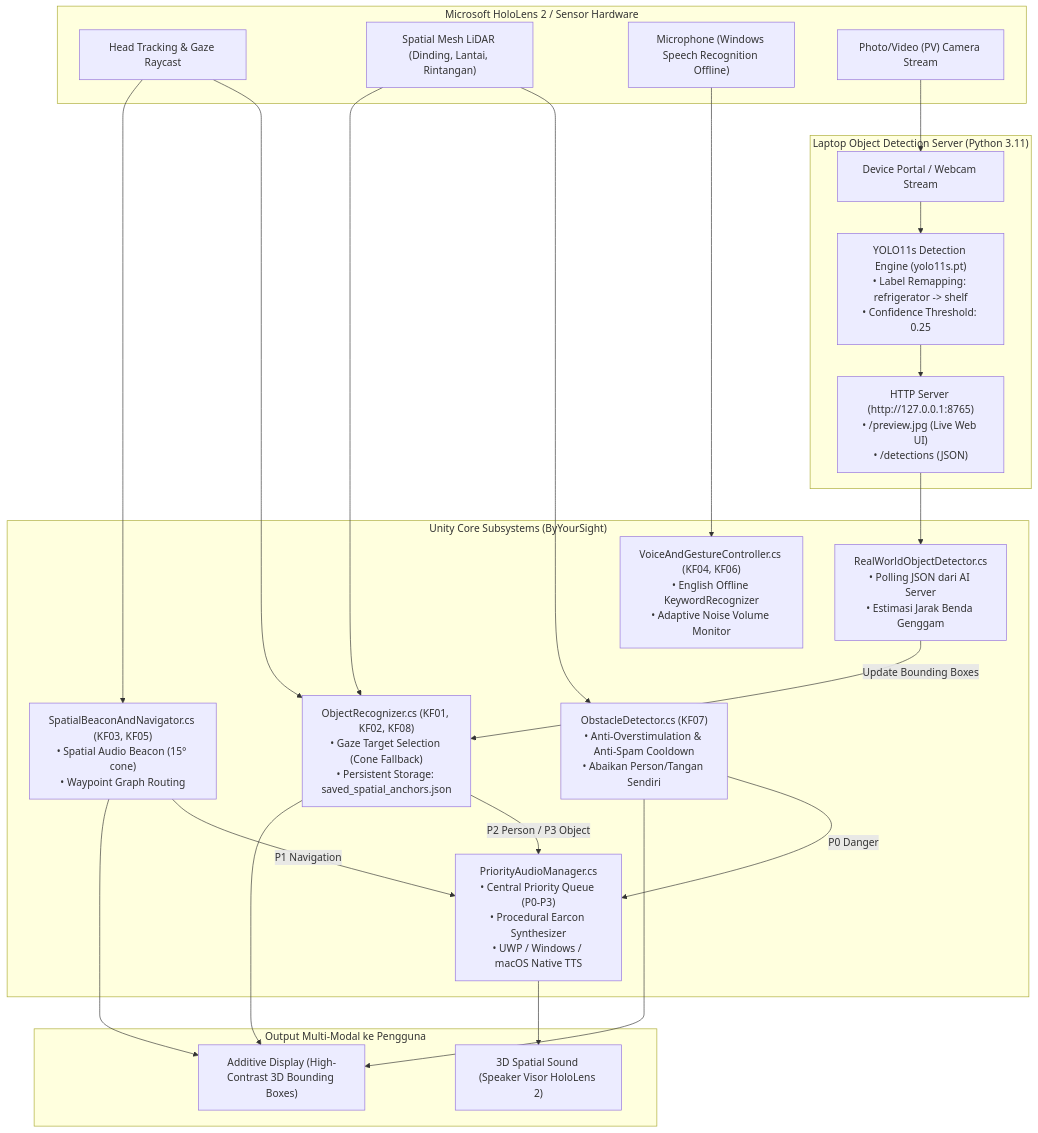
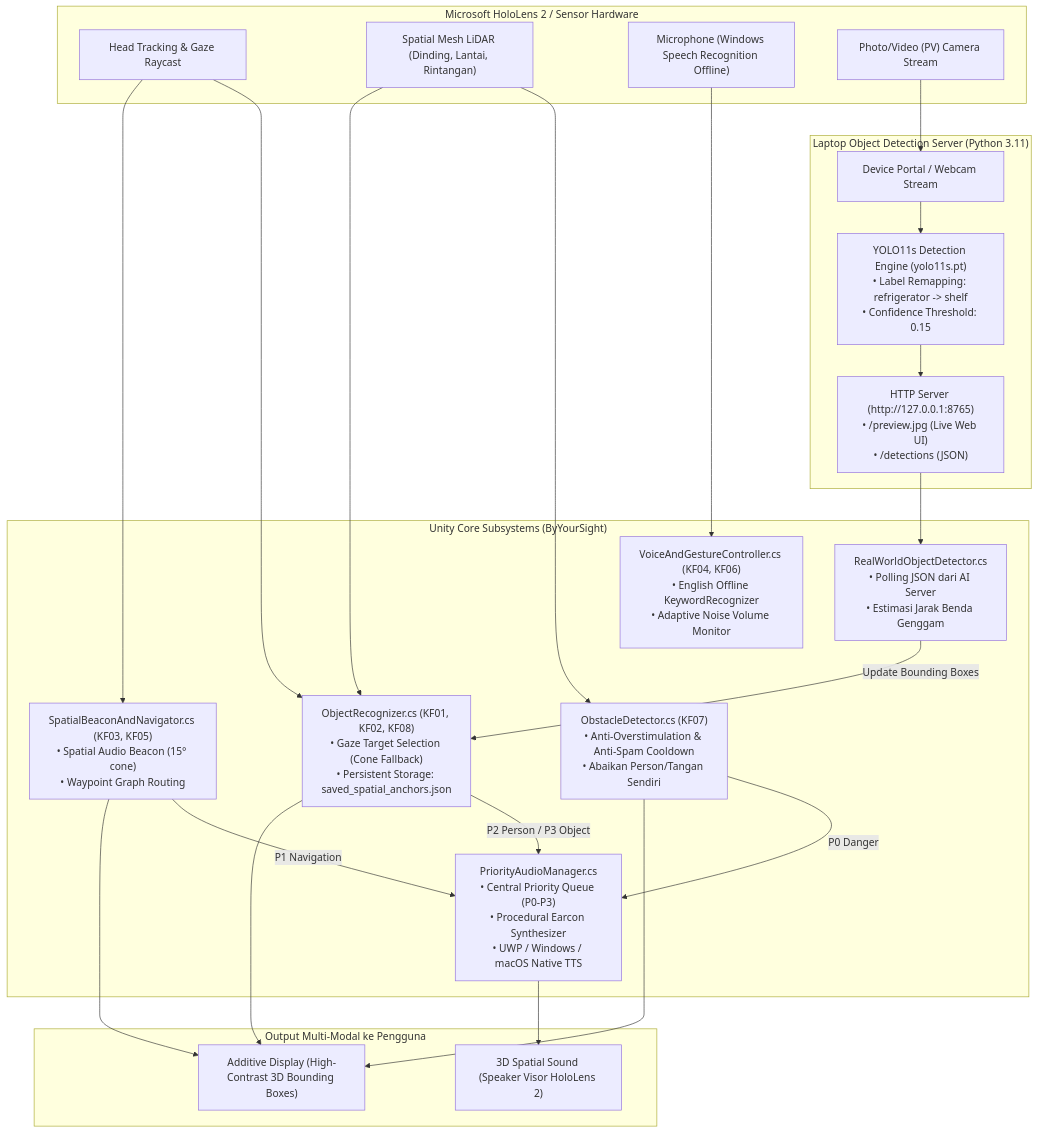
One commit to sammmine/ByYourSight changed the diagram in README.md. Above: the diagram before and after it, drawn with Mermaid. The commit also changed other lines of this file and 8 other files, not shown here.

````diff
--- a/README.md
+++ b/README.md
@@ -51,42 +51,42 @@
 ```mermaid
 flowchart TD
     subgraph EdgeDevice["Microsoft HoloLens 2 / Sensor Hardware"]
         Head["Head Tracking & Gaze Raycast"]
         Mesh["Spatial Mesh LiDAR (Dinding, Lantai, Rintangan)"]
         Mic["Microphone (Windows Speech Recognition Offline)"]
         Cam["Photo/Video (PV) Camera Stream"]
     end
 
     subgraph AIServer["Laptop Object Detection Server (Python 3.11)"]
         PortalReader["Device Portal / Webcam Stream"]
-        YOLO["YOLO11s Detection Engine (yolo11s.pt)\n• Label Remapping: refrigerator -> shelf\n• Confidence Threshold: 0.25"]
+        YOLO["YOLO11s Detection Engine (yolo11s.pt)\n• Label Remapping: refrigerator -> shelf\n• Confidence Threshold: 0.15"]
         JSONEndpoint["HTTP Server (http://127.0.0.1:8765)\n• /preview.jpg (Live Web UI)\n• /detections (JSON)"]
     end
 
     subgraph UnityCore["Unity Core Subsystems (ByYourSight)"]
         OD["ObstacleDetector.cs (KF07)\n• Anti-Overstimulation & Anti-Spam Cooldown\n• Abaikan Person/Tangan Sendiri"]
         OR["ObjectRecognizer.cs (KF01, KF02, KF08)\n• Gaze Target Selection (Cone Fallback)\n• Persistent Storage: saved_spatial_anchors.json"]
         SBN["SpatialBeaconAndNavigator.cs (KF03, KF05)\n• Spatial Audio Beacon (15° cone)\n• Waypoint Graph Routing"]
         VGC["VoiceAndGestureController.cs (KF04, KF06)\n• English Offline KeywordRecognizer\n• Adaptive Noise Volume Monitor"]
         RWOD["RealWorldObjectDetector.cs\n• Polling JSON dari AI Server\n• Estimasi Jarak Benda Genggam"]
         PAM["PriorityAudioManager.cs\n• Central Priority Queue (P0-P3)\n• Procedural Earcon Synthesizer\n• UWP / Windows / macOS Native TTS"]
     end
 
     subgraph UserFeedback["Output Multi-Modal ke Pengguna"]
         Audio["3D Spatial Sound (Speaker Visor HoloLens 2)"]
         Visual["Additive Display (High-Contrast 3D Bounding Boxes)"]
     end
 
     Cam --> PortalReader --> YOLO --> JSONEndpoint --> RWOD
     Head --> OR & SBN
     Mesh --> OD & OR
     Mic --> VGC
 
     OD -->|P0 Danger| PAM
     SBN -->|P1 Navigation| PAM
     OR -->|P2 Person / P3 Object| PAM
     RWOD -->|Update Bounding Boxes| OR
 
     PAM --> Audio
     OR & OD & SBN --> Visual
 ```
````
